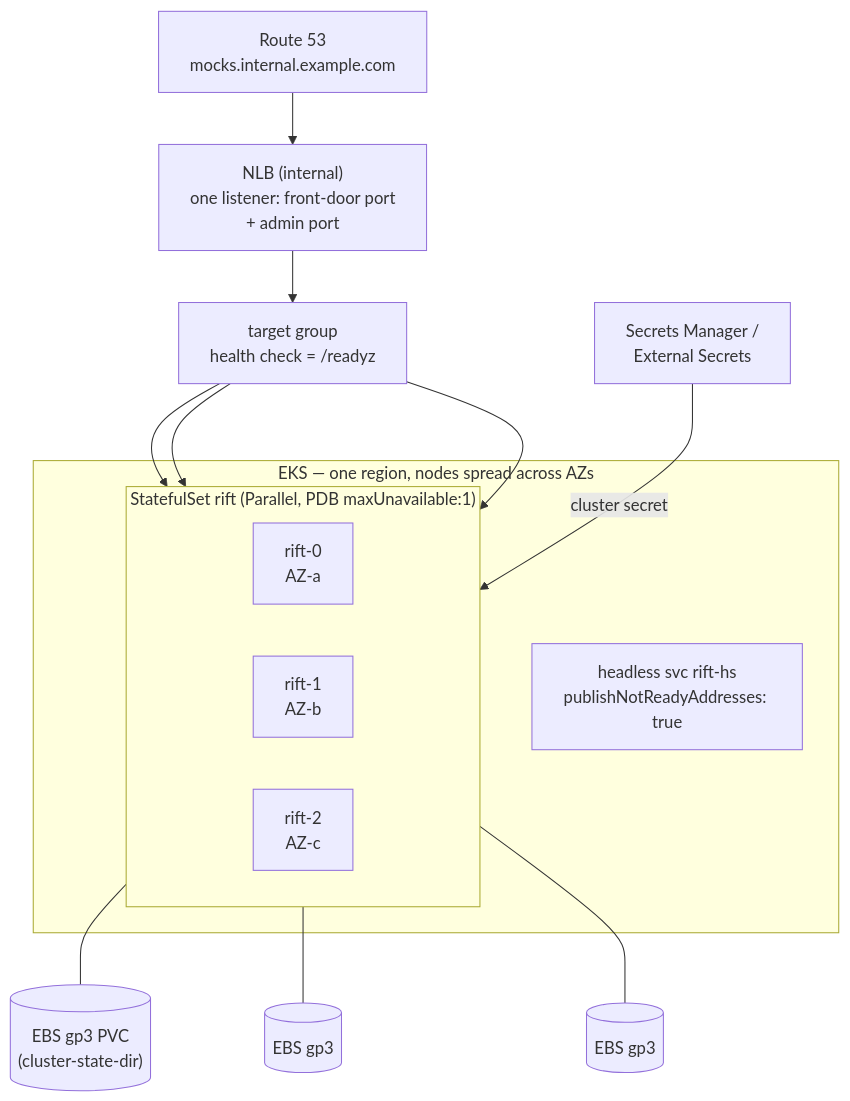
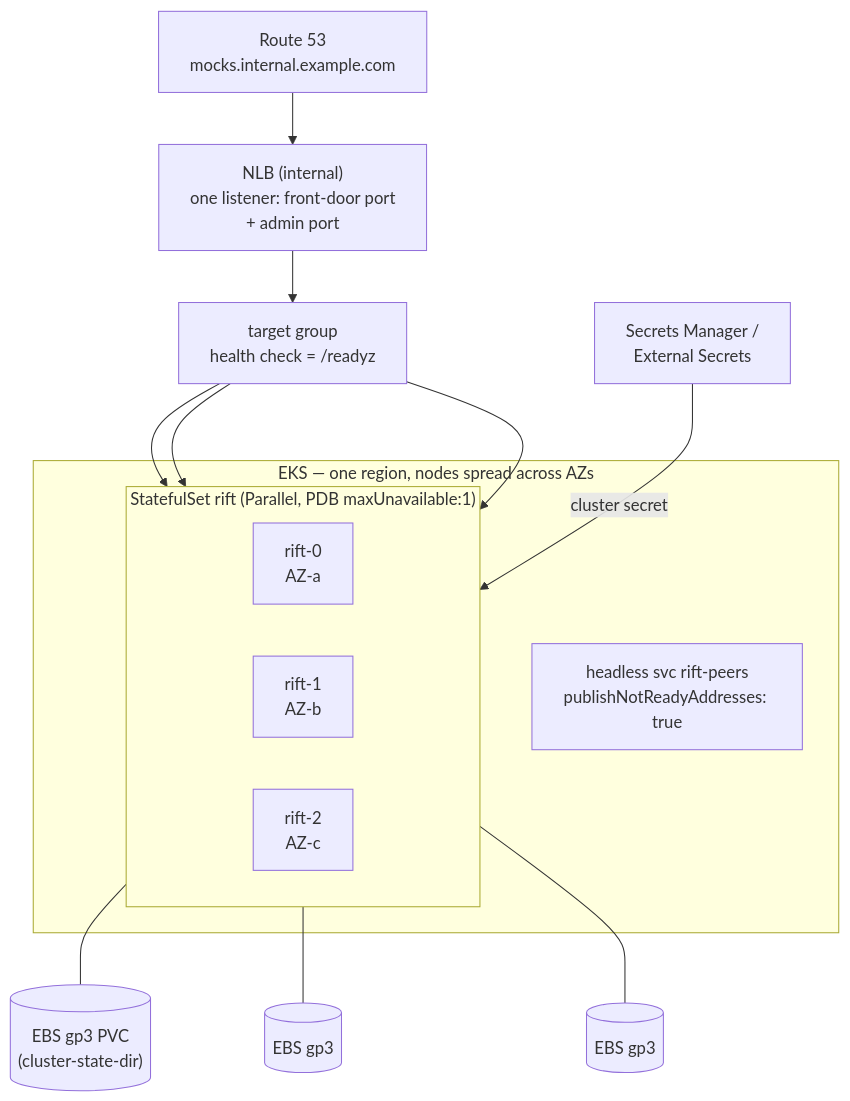
One commit to achird-labs/rift-cluster changed the diagram in docs/architecture/14-cloud-deployment.md. Above: the diagram before and after it, drawn with Mermaid. The commit also changed other lines of this file and 71 other files, not shown here.

````diff
--- a/docs/architecture/14-cloud-deployment.md
+++ b/docs/architecture/14-cloud-deployment.md
@@ -21,17 +21,17 @@
 ```mermaid
 flowchart TB
     R53[Route 53<br/>mocks.internal.example.com] --> NLB["NLB (internal)<br/>one listener: front-door port<br/>+ admin port"]
     NLB --> TG["target group<br/>health check = /readyz"]
     subgraph EKS["EKS — one region, nodes spread across AZs"]
         subgraph STS["StatefulSet rift (Parallel, PDB maxUnavailable:1)"]
             direction LR
             P0["rift-0<br/>AZ-a"] ; P1["rift-1<br/>AZ-b"] ; P2["rift-2<br/>AZ-c"]
         end
-        HS["headless svc rift-hs<br/>publishNotReadyAddresses: true"]
+        HS["headless svc rift-peers<br/>publishNotReadyAddresses: true"]
     end
     TG --> P0 & P1 & P2
     P0 --- V0[("EBS gp3 PVC<br/>(cluster-state-dir)")]
     P1 --- V1[("EBS gp3")]
     P2 --- V2[("EBS gp3")]
     SM[Secrets Manager /<br/>External Secrets] -->|cluster secret| STS
 ```
````
